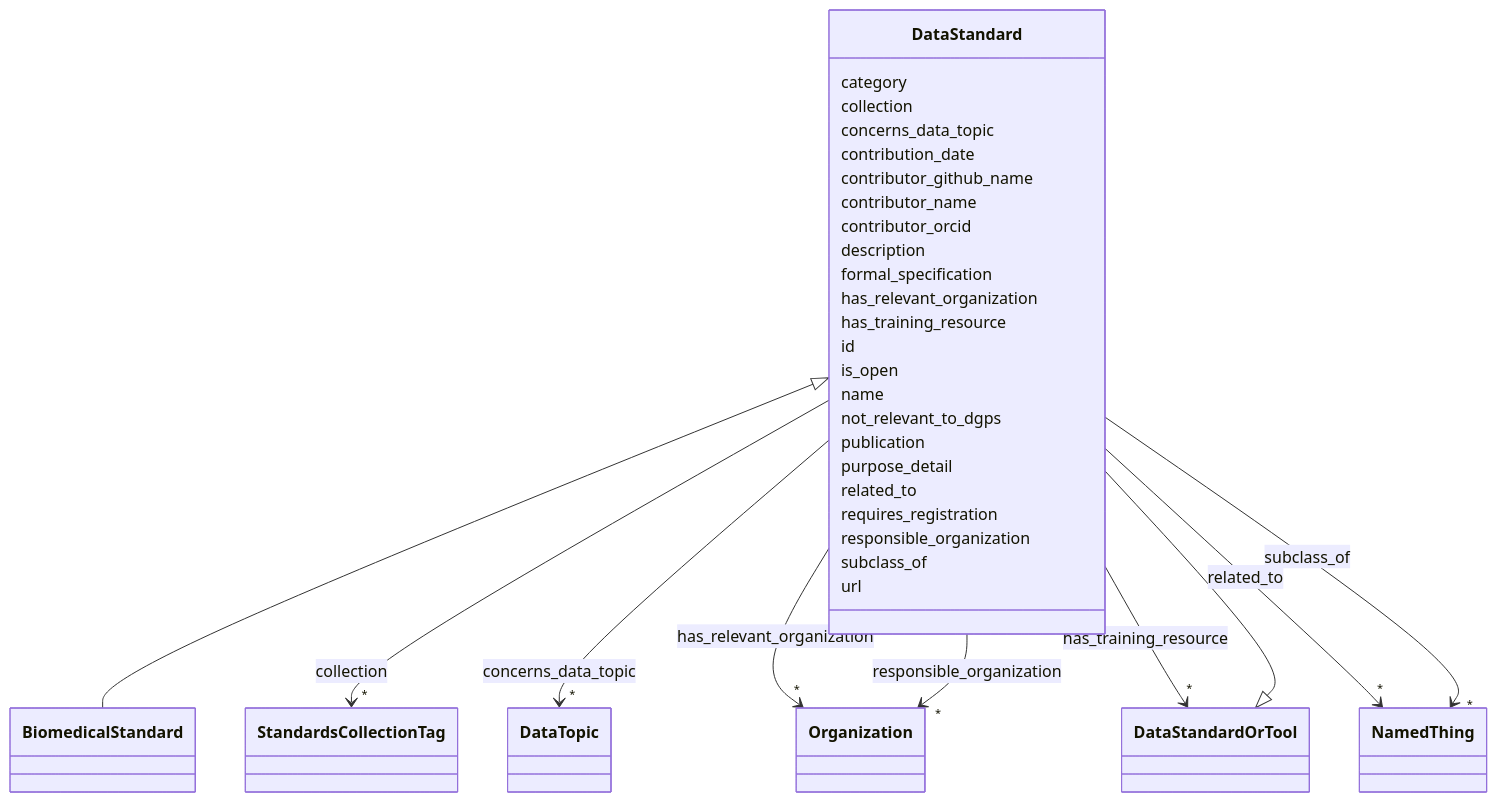
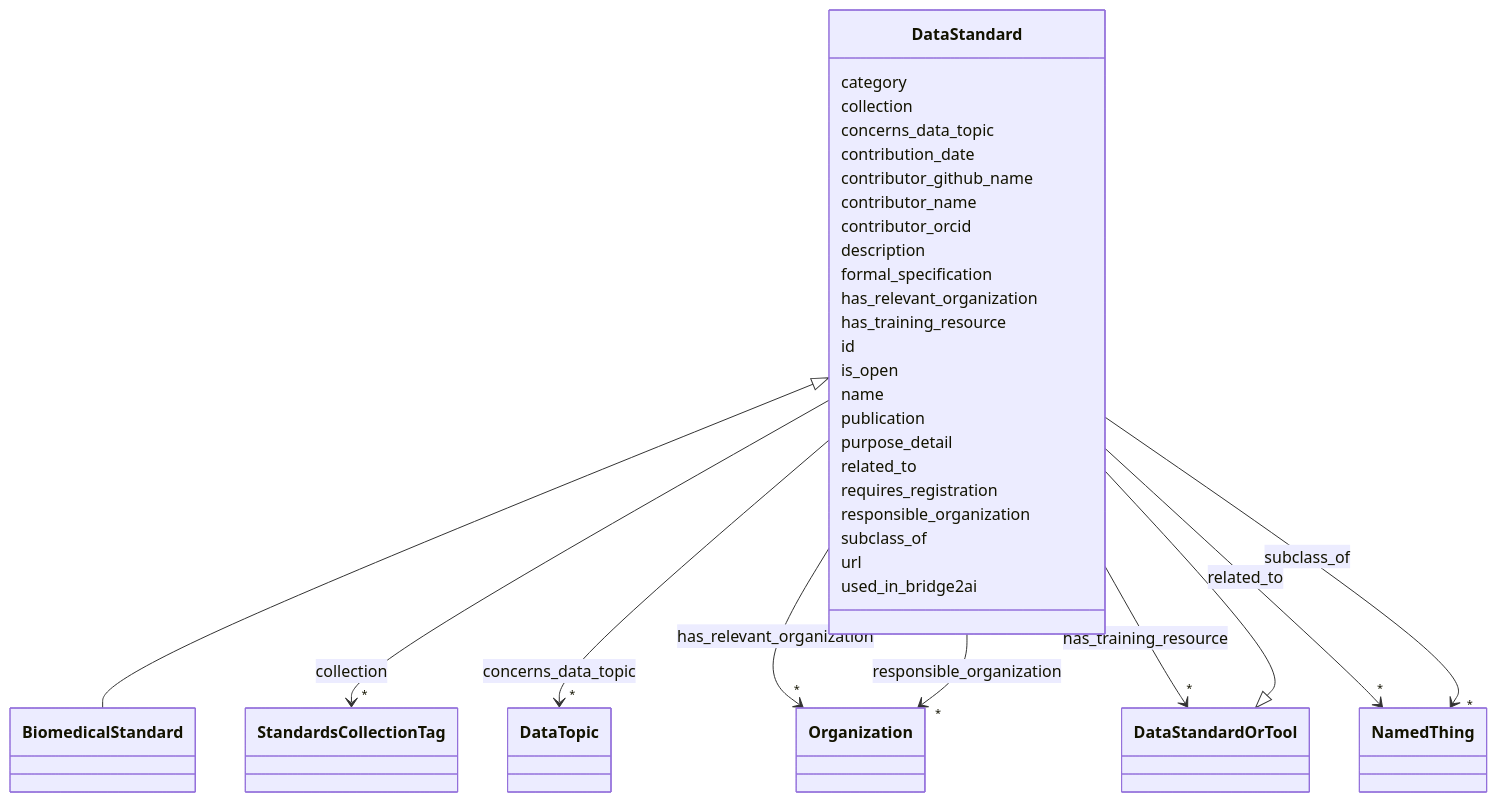
The diagram in docs/DataStandard.md (bridge2ai/standards-schemas), drawn with Mermaid before and after one commit. The commit also changed other lines of this file and 44 other files, not shown here.

````diff
--- a/docs/DataStandard.md
+++ b/docs/DataStandard.md
@@ -84,8 +84,6 @@
         
       DataStandard : name
         
-      DataStandard : not_relevant_to_dgps
-        
       DataStandard : publication
         
       DataStandard : purpose_detail
@@ -121,5 +119,7 @@
         
       DataStandard : url
         
+      DataStandard : used_in_bridge2ai
+        
       
 ```
````
